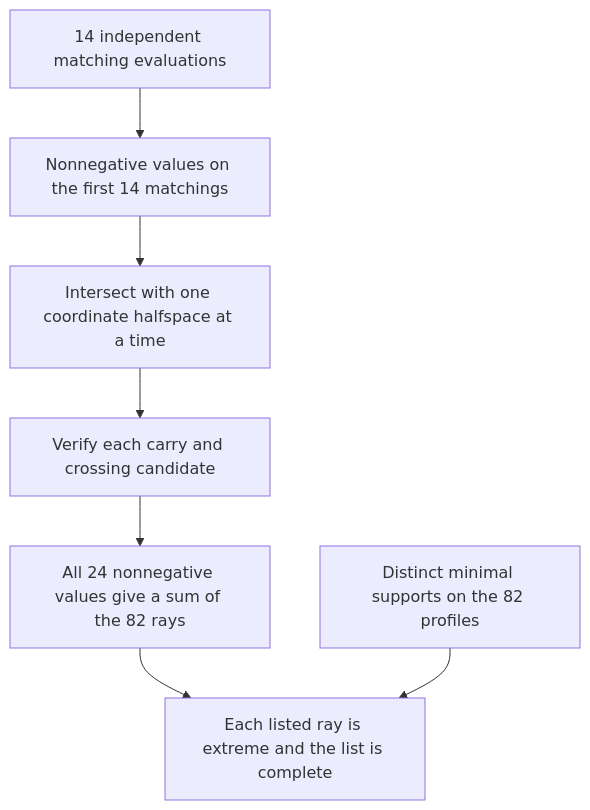
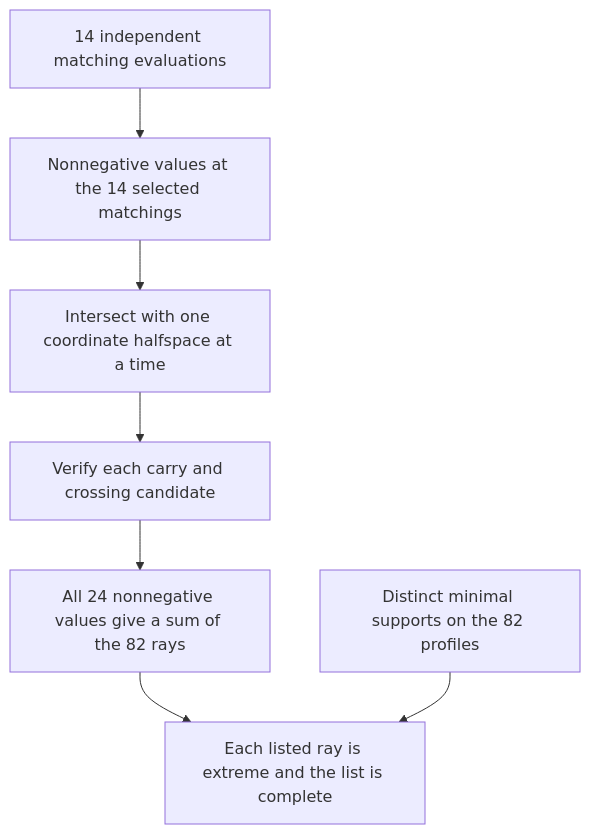
One commit to ascendnoosphere/MOC changed the diagram in Docs/order-four-support-cost-cone-proof-map.md. Above: the diagram before and after it, drawn with Mermaid. The commit also changed other lines of this file and 3 other files, not shown here.

````diff
--- a/Docs/order-four-support-cost-cone-proof-map.md
+++ b/Docs/order-four-support-cost-cone-proof-map.md
@@ -23,16 +23,16 @@
 ```mermaid
 flowchart TD
     Coordinates["14 independent matching evaluations"]
-    Initial["Nonnegative values on the first 14 matchings"]
+    Initial["Nonnegative values at the 14 selected matchings"]
     Cuts["Intersect with one coordinate halfspace at a time"]
     Replay["Verify each carry and crossing candidate"]
     Cone["All 24 nonnegative values give a sum of the 82 rays"]
     Supports["Distinct minimal supports on the 82 profiles"]
     Extreme["Each listed ray is extreme and the list is complete"]
     Coordinates --> Initial
     Initial --> Cuts
     Cuts --> Replay
     Replay --> Cone
     Cone --> Extreme
     Supports --> Extreme
 ```
````
